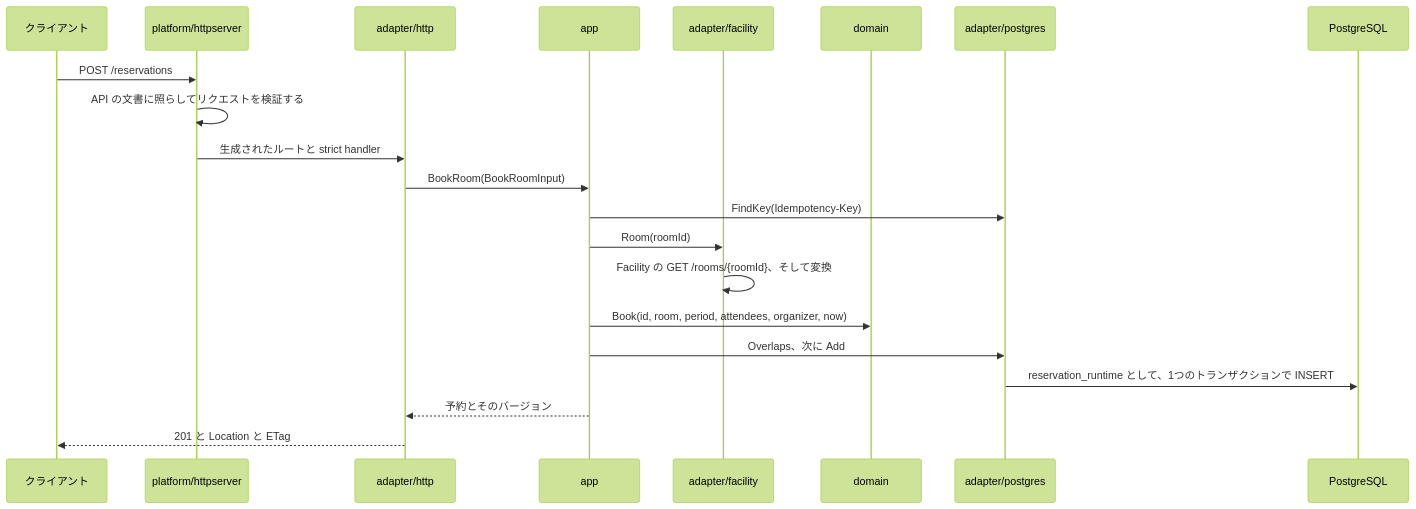
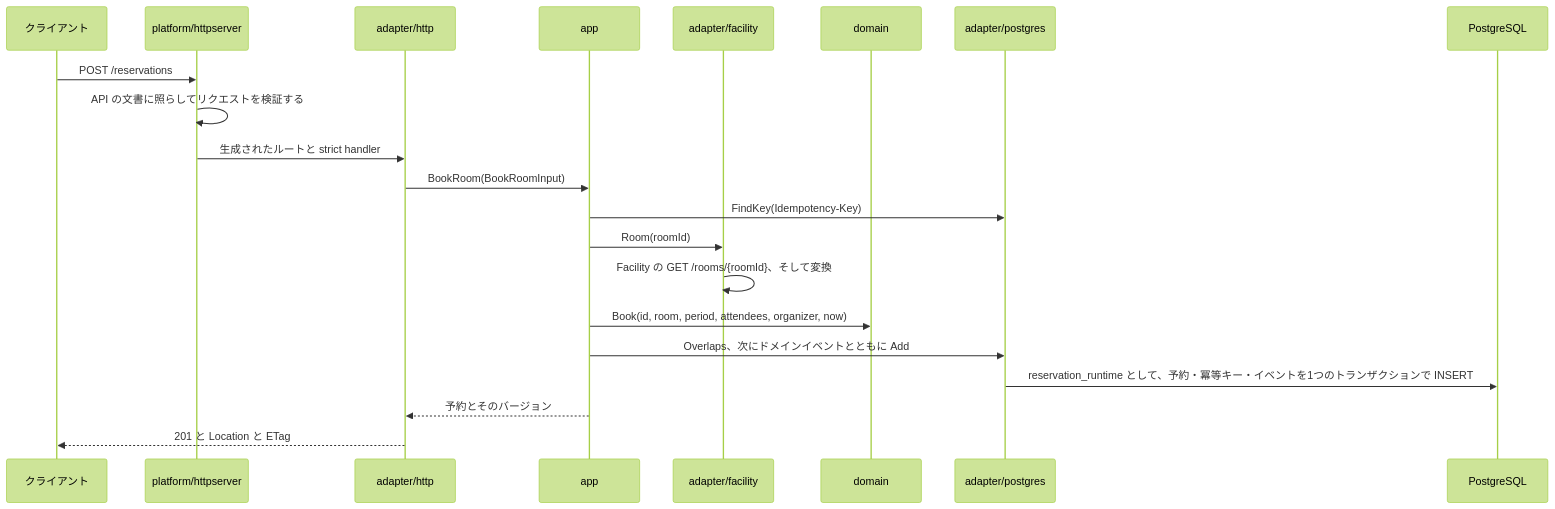
The second of 3 diagrams in ARCHITECTURE.ja.md (ma-chisuke/go-nextjs-ddd-monorepo), drawn with Mermaid (forest theme) before and after one commit. The commit also changed other lines of this file and 53 other files, not shown here.

````diff
--- a/ARCHITECTURE.ja.md
+++ b/ARCHITECTURE.ja.md
@@ -68,23 +106,23 @@
 ```mermaid
 sequenceDiagram
     participant client as クライアント
     participant server as platform/httpserver
     participant http as adapter/http
     participant app as app
     participant facility as adapter/facility
     participant domain as domain
     participant store as adapter/postgres
     participant db as PostgreSQL
     client->>server: POST /reservations
     server->>server: API の文書に照らしてリクエストを検証する
     server->>http: 生成されたルートと strict handler
     http->>app: BookRoom(BookRoomInput)
     app->>store: FindKey(Idempotency-Key)
     app->>facility: Room(roomId)
     facility->>facility: Facility の GET /rooms/{roomId}、そして変換
     app->>domain: Book(id, room, period, attendees, organizer, now)
-    app->>store: Overlaps、次に Add
-    store->>db: reservation_runtime として、1つのトランザクションで INSERT
+    app->>store: Overlaps、次にドメインイベントとともに Add
+    store->>db: reservation_runtime として、予約・冪等キー・イベントを1つのトランザクションで INSERT
     app-->>http: 予約とそのバージョン
     http-->>client: 201 と Location と ETag
 ```
````
